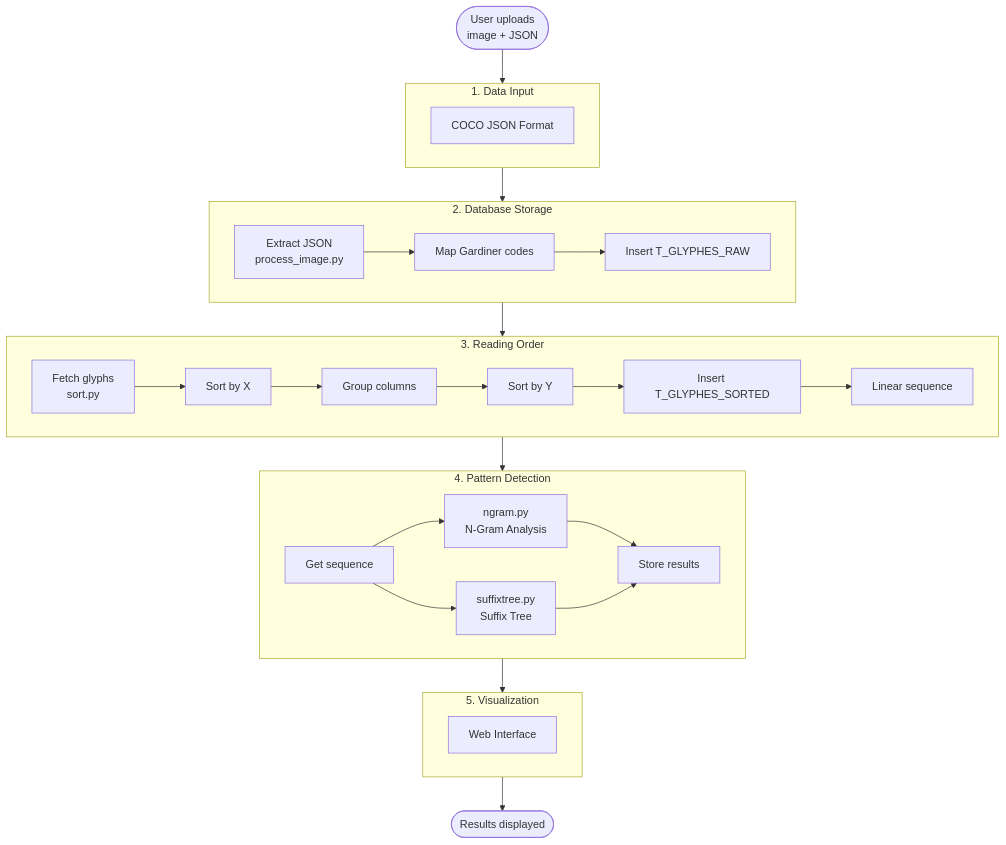
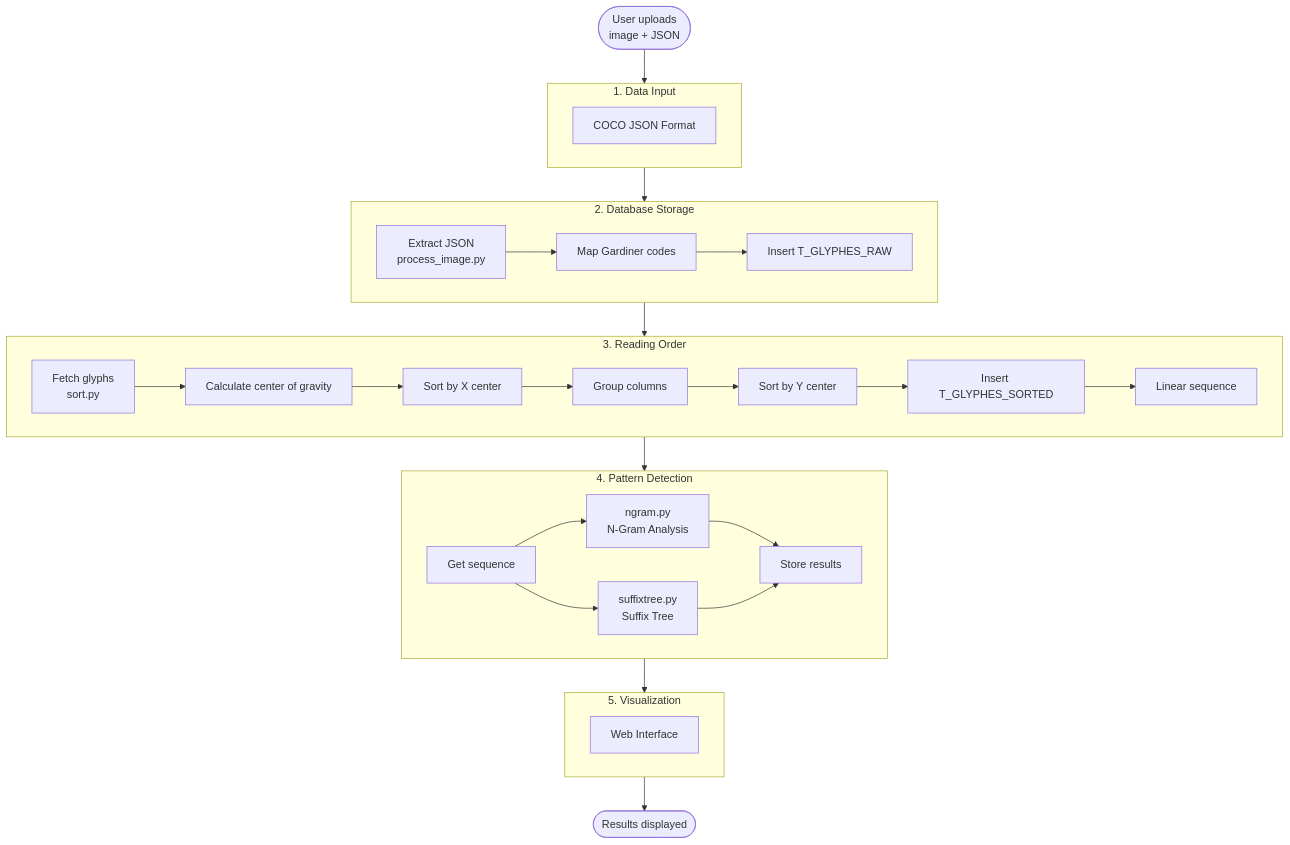
One commit to Philipp1305/hieroglyphic-pattern-analyzer changed the second of 4 diagrams in README.md. Above: the diagram before and after it, drawn with Mermaid. The commit also changed other lines of this file and 2 other files, not shown here.

Commit message:
only use center of gravity

````diff
--- a/README.md
+++ b/README.md
@@ -102,50 +102,51 @@
 ```mermaid
 flowchart TD
     Start([User uploads<br/>image + JSON]) --> Stage1
     
     subgraph Stage1["1. Data Input"]
         JSON[COCO JSON Format]
     end
     
     Stage1 --> Stage2
     
     subgraph Stage2["2. Database Storage"]
         Extract[Extract JSON<br/>process_image.py]
         Map[Map Gardiner codes]
         InsertRaw[Insert T_GLYPHES_RAW]
         Extract --> Map --> InsertRaw
     end
     
     Stage2 --> Stage3
     
     subgraph Stage3["3. Reading Order"]
         Fetch[Fetch glyphs<br/>sort.py]
-        SortX[Sort by X]
+        CalcCenter[Calculate center of gravity]
+        SortX[Sort by X center]
         GroupCol[Group columns]
-        SortY[Sort by Y]
+        SortY[Sort by Y center]
         InsertSort[Insert T_GLYPHES_SORTED]
         Linear[Linear sequence]
         
-        Fetch --> SortX --> GroupCol --> SortY --> InsertSort --> Linear
+        Fetch --> CalcCenter --> SortX --> GroupCol --> SortY --> InsertSort --> Linear
     end
     
     Stage3 --> Stage4
     
     subgraph Stage4["4. Pattern Detection"]
         Retrieve[Get sequence]
         NGram[ngram.py<br/>N-Gram Analysis]
         Suffix[suffixtree.py<br/>Suffix Tree]
         Store[Store results]
         
         Retrieve --> NGram --> Store
         Retrieve --> Suffix --> Store
     end
     
     Stage4 --> Stage5
     
     subgraph Stage5["5. Visualization"]
         Display[Web Interface]
     end
     
     Stage5 --> End([Results displayed])
 ```
````
